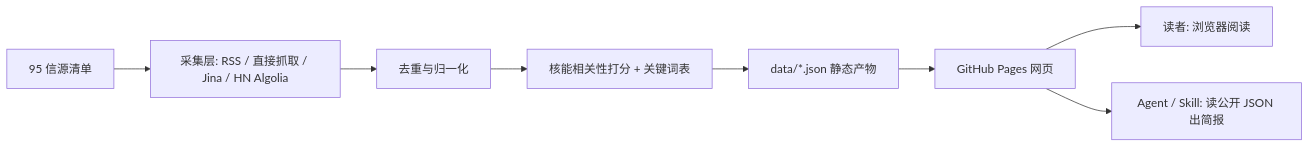
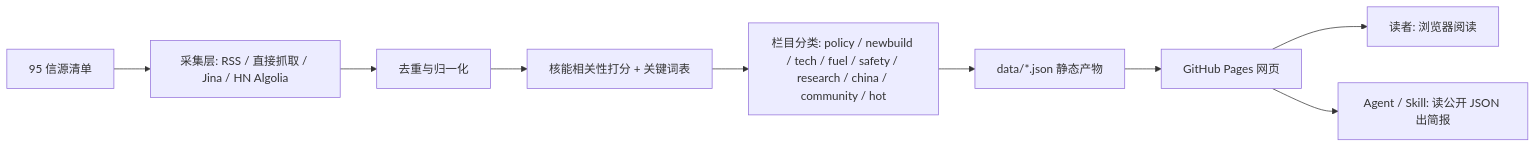
One commit to Myfelix-hub/nuclear-intel-radar changed the diagram in README.md. Above: the diagram before and after it, drawn with Mermaid. The commit also changed other lines of this file and 24 other files, not shown here.

````diff
--- a/README.md
+++ b/README.md
@@ -33,10 +33,11 @@
 ```mermaid
 flowchart LR
     sources[95 信源清单] --> fetch[采集层: RSS / 直接抓取 / Jina / HN Algolia]
     fetch --> dedup[去重与归一化]
     dedup --> score[核能相关性打分 + 关键词表]
-    score --> json[data/*.json 静态产物]
+    score --> sections[栏目分类: policy / newbuild / tech / fuel / safety / research / china / community / hot]
+    sections --> json[data/*.json 静态产物]
     json --> pages[GitHub Pages 网页]
     pages --> reader[读者: 浏览器阅读]
     pages --> api[Agent / Skill: 读公开 JSON 出简报]
 ```
````
